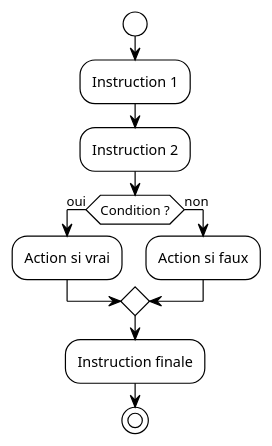
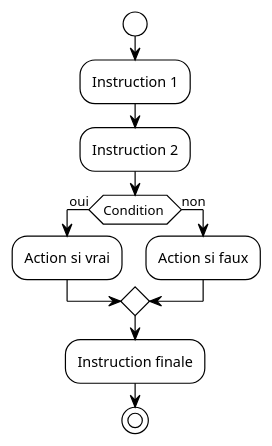
One commit to heig-vd-progim-course/heig-vd-progim2-course changed the diagram in 03-autres-ressources/01-templates/contenu-du-cours/images/diagram.puml. Above: the diagram before and after it, drawn with PlantUML. The commit also changed 111 other files, not shown here.

```diff
--- a/03-autres-ressources/01-templates/contenu-du-cours/images/diagram.puml
+++ b/03-autres-ressources/01-templates/contenu-du-cours/images/diagram.puml
@@ -1,18 +1,18 @@
 @startuml
 !theme plain
 
 ' Exemple de diagramme d'activité
 ' Remplacer ce contenu par votre propre diagramme
 
 start
 :Instruction 1;
 :Instruction 2;
-if (Condition ?) then (oui)
+if (Condition ) then (oui)
   :Action si vrai;
 else (non)
   :Action si faux;
 endif
 :Instruction finale;
 stop
 
 @enduml
```
